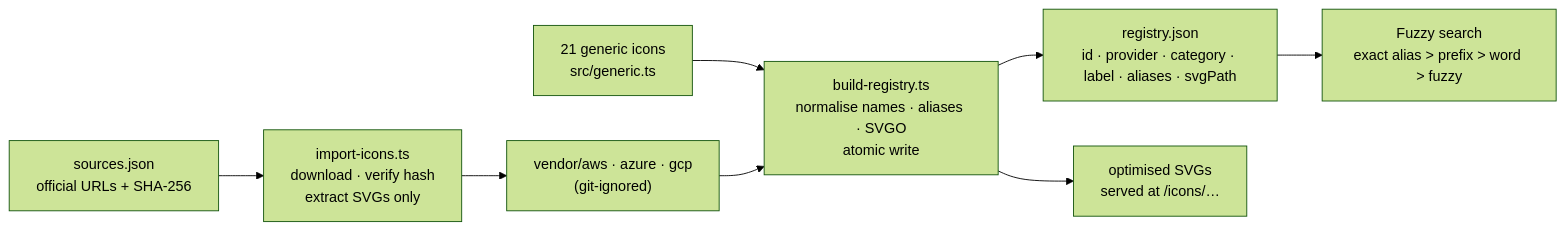
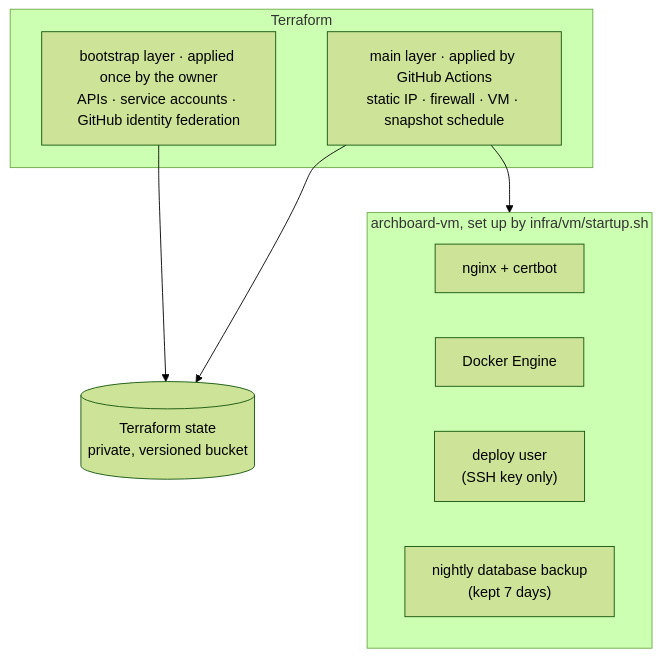
The fourth of 5 diagrams in README.md (ashutosh-lodha/ArchBoard), drawn with Mermaid (forest theme) before and after one commit. The commit also changed other lines of this file and 94 other files, not shown here.

````diff
--- a/README.md
+++ b/README.md
@@ -240,10 +233,19 @@
 ```mermaid
-flowchart LR
-  A["sources.json<br/>official URLs + SHA-256"] --> B["import-icons.ts<br/>download · verify hash<br/>extract SVGs only"]
-  B --> C["vendor/aws · azure · gcp<br/>(git-ignored)"]
-  G["21 generic icons<br/>src/generic.ts"] --> D
-  C --> D["build-registry.ts<br/>normalise names · aliases · SVGO<br/>atomic write"]
-  D --> E["registry.json<br/>id · provider · category · label · aliases · svgPath"]
-  D --> F["optimised SVGs<br/>served at /icons/…"]
-  E --> S["Fuzzy search<br/>exact alias > prefix > word > fuzzy"]
+flowchart TB
+  subgraph tf["Terraform"]
+    boot["bootstrap layer · applied once by the owner<br/>APIs · service accounts · GitHub identity federation"]
+    main["main layer · applied by GitHub Actions<br/>static IP · firewall · VM · snapshot schedule"]
+  end
+  state[("Terraform state<br/>private, versioned bucket")]
+  boot --> state
+  main --> state
+
+  subgraph vm["archboard-vm, set up by infra/vm/startup.sh"]
+    direction LR
+    n["nginx + certbot"]
+    d["Docker Engine"]
+    u["deploy user<br/>(SSH key only)"]
+    b["nightly database backup<br/>(kept 7 days)"]
+  end
+  main --> vm
 ```
````
